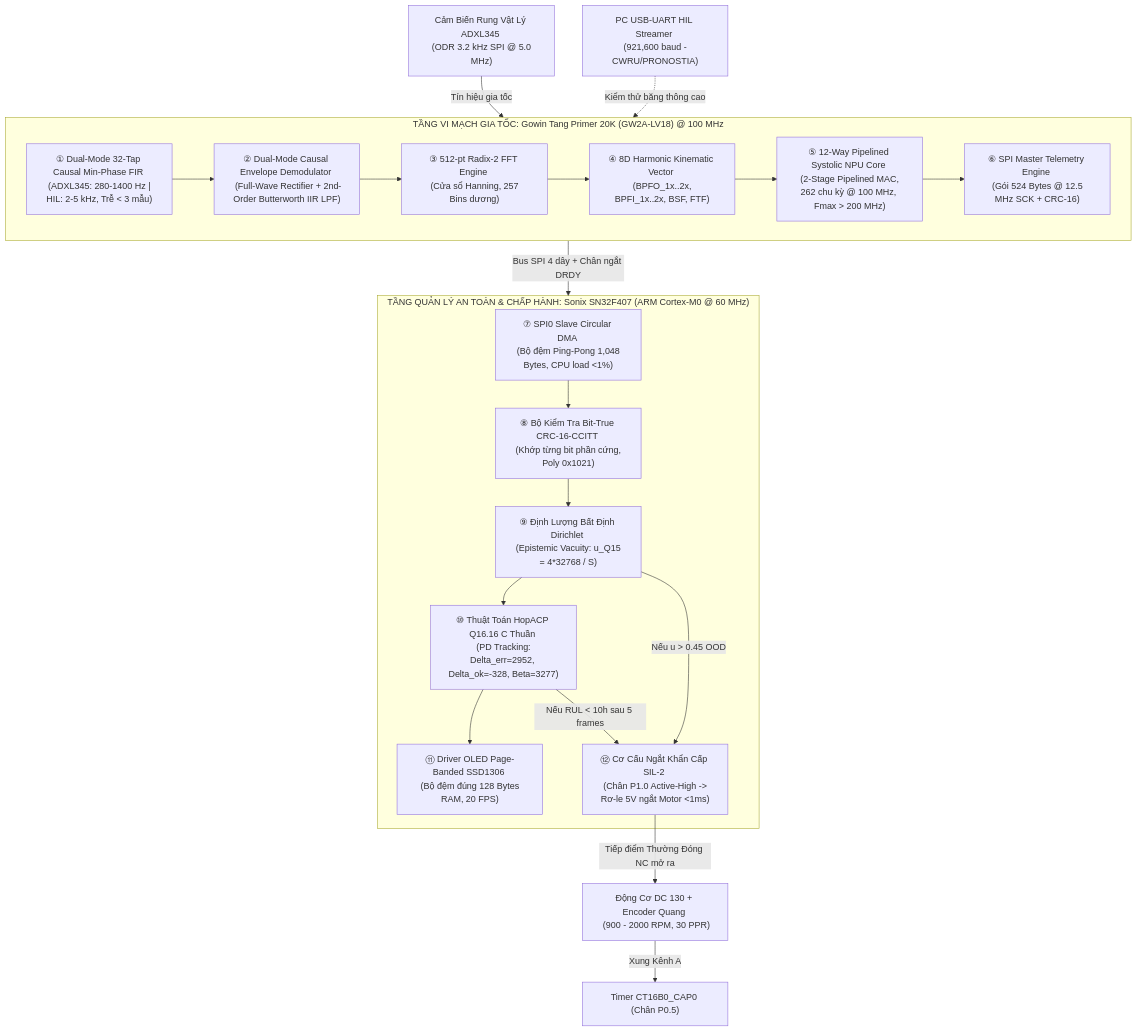
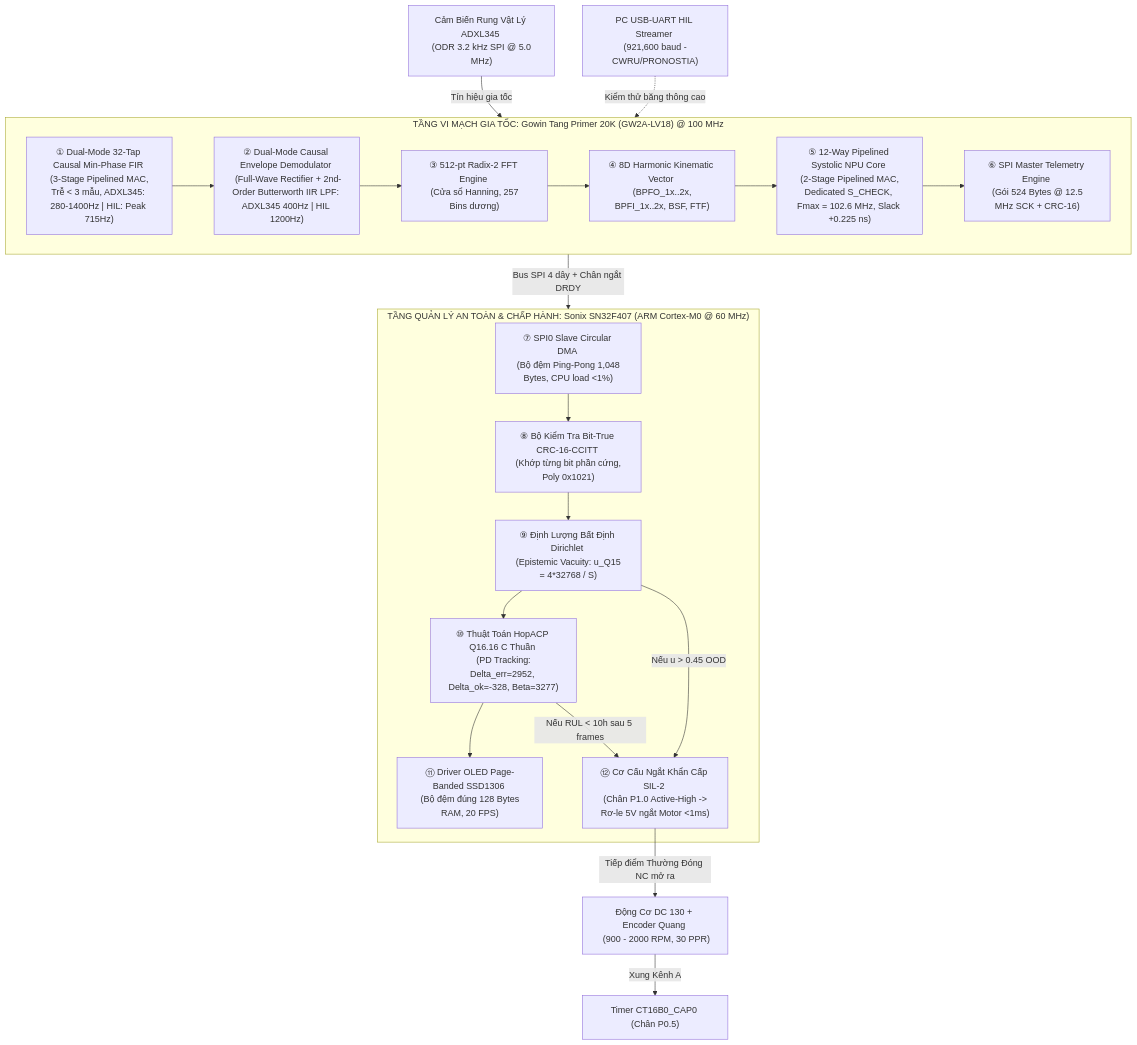
Before and after one commit to zok213/VIbraDistill: the diagram in README.md, drawn with Mermaid. The commit also changed other lines of this file, not shown here.

Commit message:
docs: reconcile ground truth and timing closure in README.md (Fmax 102.6MHz, 1200Hz envelope, 0x0824 FIR array)

````diff
--- a/README.md
+++ b/README.md
@@ -386,35 +436,35 @@
 ```mermaid
 graph TD
     Sensor["Cảm Biến Rung Vật Lý ADXL345 <br> (ODR 3.2 kHz SPI @ 5.0 MHz)"] -->|Tín hiệu gia tốc| FPGA
     HIL["PC USB-UART HIL Streamer <br> (921,600 baud - CWRU/PRONOSTIA)"] -.->|Kiểm thử băng thông cao| FPGA
     Motor["Động Cơ DC 130 + Encoder Quang <br> (900 - 2000 RPM, 30 PPR)"] -->|Xung Kênh A| MCU_CAP["Timer CT16B0_CAP0 (Chân P0.5)"]
 
     subgraph FPGA["TẦNG VI MẠCH GIA TỐC: Gowin Tang Primer 20K (GW2A-LV18) @ 100 MHz"]
-        DSP_FIR["① Dual-Mode 32-Tap Causal Min-Phase FIR <br> (ADXL345: 280-1400 Hz | HIL: 2-5 kHz, Trễ < 3 mẫu)"]
-        DSP_ENV["② Dual-Mode Causal Envelope Demodulator <br> (Full-Wave Rectifier + 2nd-Order Butterworth IIR LPF)"]
+        DSP_FIR["① Dual-Mode 32-Tap Causal Min-Phase FIR <br> (3-Stage Pipelined MAC, Trễ < 3 mẫu, ADXL345: 280-1400Hz | HIL: Peak 715Hz)"]
+        DSP_ENV["② Dual-Mode Causal Envelope Demodulator <br> (Full-Wave Rectifier + 2nd-Order Butterworth IIR LPF: ADXL345 400Hz | HIL 1200Hz)"]
         DSP_FFT["③ 512-pt Radix-2 FFT Engine <br> (Cửa sổ Hanning, 257 Bins dương)"]
         DSP_KIN["④ 8D Harmonic Kinematic Vector <br> (BPFO_1x..2x, BPFI_1x..2x, BSF, FTF)"]
-        NPU_ENG["⑤ 12-Way Pipelined Systolic NPU Core <br> (2-Stage Pipelined MAC, 262 chu kỳ @ 100 MHz, Fmax > 200 MHz)"]
+        NPU_ENG["⑤ 12-Way Pipelined Systolic NPU Core <br> (2-Stage Pipelined MAC, Dedicated S_CHECK, Fmax = 102.6 MHz, Slack +0.225 ns)"]
         SPI_M["⑥ SPI Master Telemetry Engine <br> (Gói 524 Bytes @ 12.5 MHz SCK + CRC-16)"]
 
         DSP_FIR --> DSP_ENV --> DSP_FFT --> DSP_KIN --> NPU_ENG --> SPI_M
     end
 
     FPGA -->|Bus SPI 4 dây + Chân ngắt DRDY| MCU
 
     subgraph MCU["TẦNG QUẢN LÝ AN TOÀN & CHẤP HÀNH: Sonix SN32F407 (ARM Cortex-M0 @ 60 MHz)"]
         SPI_S["⑦ SPI0 Slave Circular DMA <br> (Bộ đệm Ping-Pong 1,048 Bytes, CPU load <1%)"]
         CRC_CHK["⑧ Bộ Kiểm Tra Bit-True CRC-16-CCITT <br> (Khớp từng bit phần cứng, Poly 0x1021)"]
         EDL_CAL["⑨ Định Lượng Bất Định Dirichlet <br> (Epistemic Vacuity: u_Q15 = 4*32768 / S)"]
         HOP_ACP["⑩ Thuật Toán HopACP Q16.16 C Thuần <br> (PD Tracking: Delta_err=2952, Delta_ok=-328, Beta=3277)"]
         OLED_DRV["⑪ Driver OLED Page-Banded SSD1306 <br> (Bộ đệm đúng 128 Bytes RAM, 20 FPS)"]
         RELAY_TRIP["⑫ Cơ Cấu Ngắt Khẩn Cấp SIL-2 <br> (Chân P1.0 Active-High -> Rơ-le 5V ngắt Motor <1ms)"]
 
         SPI_S --> CRC_CHK --> EDL_CAL --> HOP_ACP
         EDL_CAL -->|Nếu u > 0.45 OOD| RELAY_TRIP
         HOP_ACP --> OLED_DRV
         HOP_ACP -->|Nếu RUL < 10h sau 5 frames| RELAY_TRIP
     end
 
     RELAY_TRIP -->|Tiếp điểm Thường Đóng NC mở ra| Motor
 ```
````
